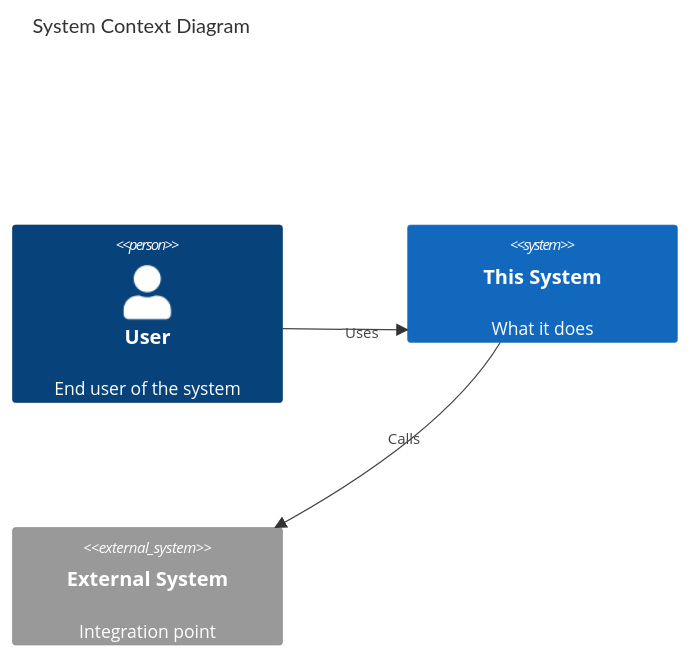
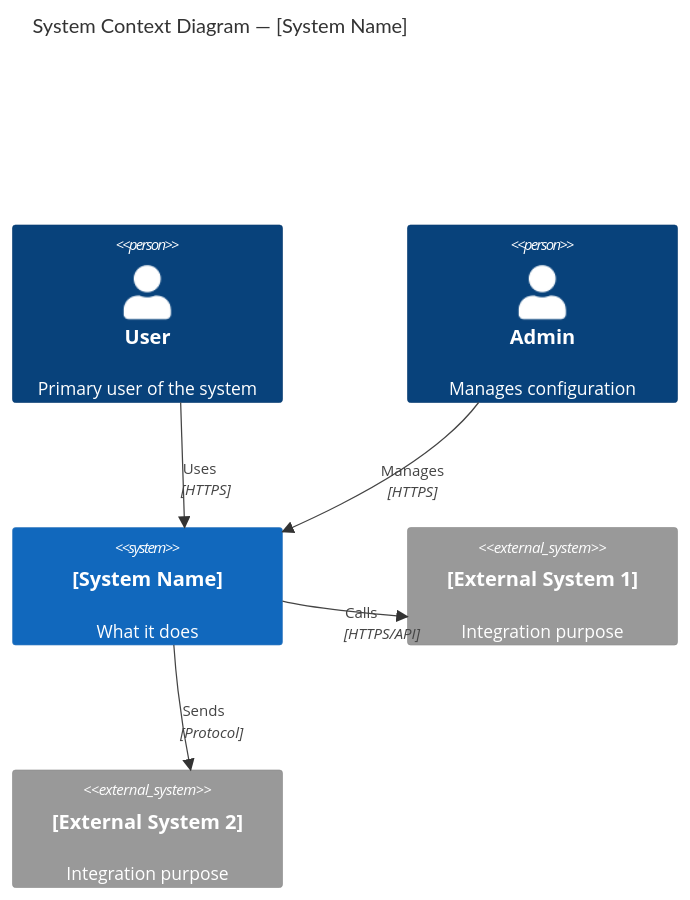
Before and after one commit to daddal001/Universal-AI-Driven-Documentation-Standard: the first of 4 diagrams in templates/tier-1-system/ARCHITECTURE.md, drawn with Mermaid. The commit also changed other lines of this file and 46 other files, not shown here.

````diff
--- a/templates/tier-1-system/ARCHITECTURE.md
+++ b/templates/tier-1-system/ARCHITECTURE.md
@@ -24,11 +36,17 @@
 ```mermaid
 C4Context
-    title System Context Diagram
+    title System Context Diagram — [System Name]
 
-    Person(user, "User", "End user of the system")
-    System(system, "This System", "What it does")
-    System_Ext(external, "External System", "Integration point")
+    Person(user, "User", "Primary user of the system")
+    Person(admin, "Admin", "Manages configuration")
 
-    Rel(user, system, "Uses")
-    Rel(system, external, "Calls")
+    System(system, "[System Name]", "What it does")
+
+    System_Ext(external1, "[External System 1]", "Integration purpose")
+    System_Ext(external2, "[External System 2]", "Integration purpose")
+
+    Rel(user, system, "Uses", "HTTPS")
+    Rel(admin, system, "Manages", "HTTPS")
+    Rel(system, external1, "Calls", "HTTPS/API")
+    Rel(system, external2, "Sends", "Protocol")
 ```
````
